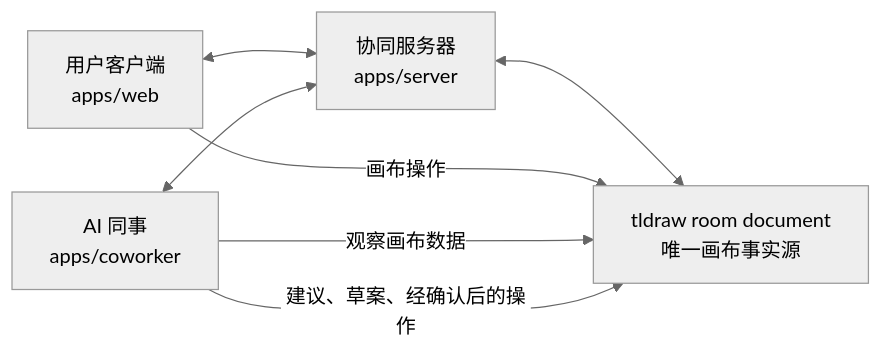
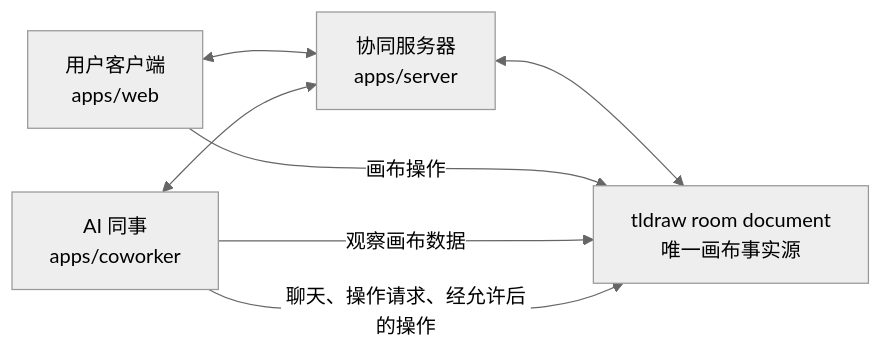
The second of 15 diagrams in specs/coworker-collaboration-architecture.md (williamChen26/drawless), drawn with Mermaid (neutral theme) before and after one commit. The commit also changed other lines of this file and 11 other files, not shown here.

````diff
--- a/specs/coworker-collaboration-architecture.md
+++ b/specs/coworker-collaboration-architecture.md
@@ -42,10 +95,10 @@
 ```mermaid
 flowchart LR
   User["用户客户端<br/>apps/web"] <--> SyncServer["协同服务器<br/>apps/server"]
   Coworker["AI 同事<br/>apps/coworker"] <--> SyncServer
   SyncServer <--> Room["tldraw room document<br/>唯一画布事实源"]
 
   User -->|"画布操作"| Room
   Coworker -->|"观察画布数据"| Room
-  Coworker -->|"建议、草案、经确认后的操作"| Room
+  Coworker -->|"聊天、操作请求、经允许后的操作"| Room
 ```
````
